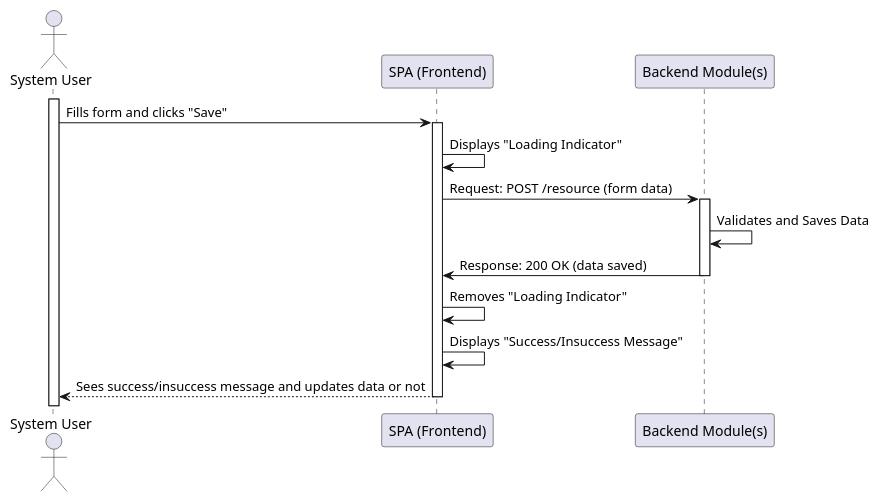
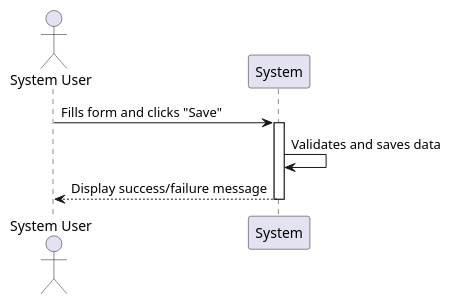
Before and after one commit to Departamento-de-Engenharia-Informatica/LEI-SEM5-PI-2025-26-3DK-04: the diagram in docs/sprint2/level1/process_view/US3.1.4/SD_US3.1.4.puml, drawn with PlantUML. The commit also changed 33 other files, not shown here.

```diff
--- a/docs/sprint2/level1/process_view/US3.1.4/SD_US3.1.4.puml
+++ b/docs/sprint2/level1/process_view/US3.1.4/SD_US3.1.4.puml
@@ -1,18 +1,10 @@
 @startuml
 actor "System User" as User
-participant "SPA (Frontend)" as Frontend
-participant "Backend Module(s)" as Backend
-activate User
-User -> Frontend: Fills form and clicks "Save"
-activate Frontend
-Frontend -> Frontend: Displays "Loading Indicator" 
-Frontend -> Backend: Request: POST /resource (form data)
-activate Backend
-Backend -> Backend: Validates and Saves Data
-Backend -> Frontend: Response: 200 OK (data saved)
-deactivate Backend
-Frontend -> Frontend: Removes "Loading Indicator" 
-Frontend -> Frontend: Displays "Success/Insuccess Message" 
-User <-- Frontend: Sees success/insuccess message and updates data or not
-deactivate Frontend
+participant "System" as System
+
+User -> System: Fills form and clicks "Save"
+activate System
+System -> System: Validates and saves data
+System --> User: Display success/failure message
+deactivate System
 @enduml
```
